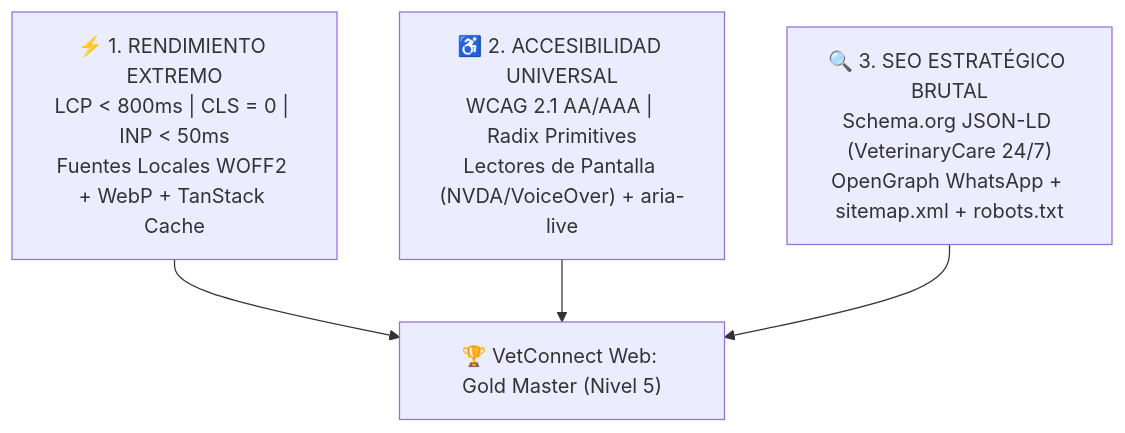
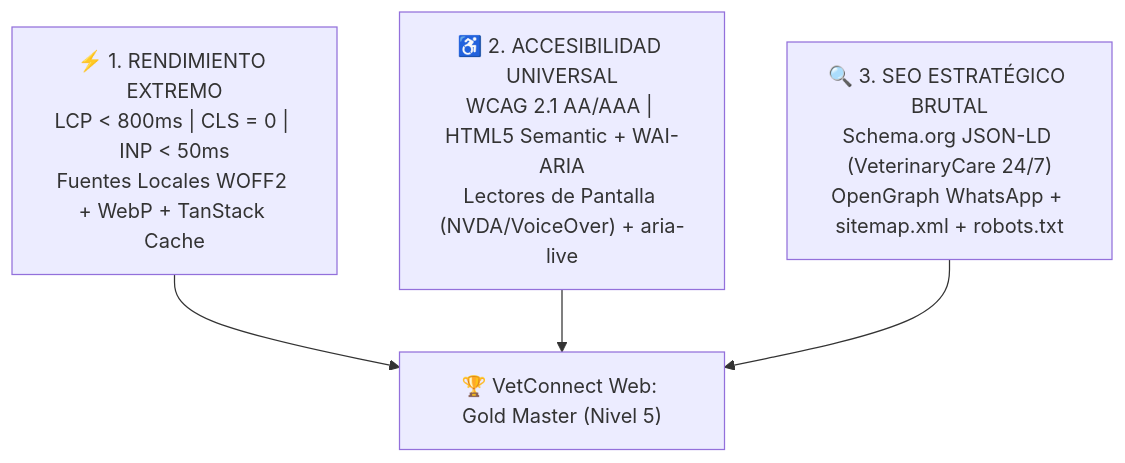
Before and after one commit to grupo-pinnacle/VetConnect: the diagram in docs/web/10_OPTIMIZACION_PERFORMANCE_SEO_Y_ACCESIBILIDAD.md, drawn with Mermaid. The commit also changed 9 other files, not shown here.

````diff
--- a/docs/web/10_OPTIMIZACION_PERFORMANCE_SEO_Y_ACCESIBILIDAD.md
+++ b/docs/web/10_OPTIMIZACION_PERFORMANCE_SEO_Y_ACCESIBILIDAD.md
@@ -14,6 +14,6 @@
 ```mermaid
 flowchart TD
     P["⚡ 1. RENDIMIENTO EXTREMO\nLCP < 800ms | CLS = 0 | INP < 50ms\nFuentes Locales WOFF2 + WebP + TanStack Cache"] --> Core["🏆 VetConnect Web: Gold Master (Nivel 5)"]
-    A["♿ 2. ACCESIBILIDAD UNIVERSAL\nWCAG 2.1 AA/AAA | Radix Primitives\nLectores de Pantalla (NVDA/VoiceOver) + aria-live"] --> Core
+    A["♿ 2. ACCESIBILIDAD UNIVERSAL\nWCAG 2.1 AA/AAA | HTML5 Semantic + WAI-ARIA\nLectores de Pantalla (NVDA/VoiceOver) + aria-live"] --> Core
     S["🔍 3. SEO ESTRATÉGICO BRUTAL\nSchema.org JSON-LD (VeterinaryCare 24/7)\nOpenGraph WhatsApp + sitemap.xml + robots.txt"] --> Core
 ```
````
